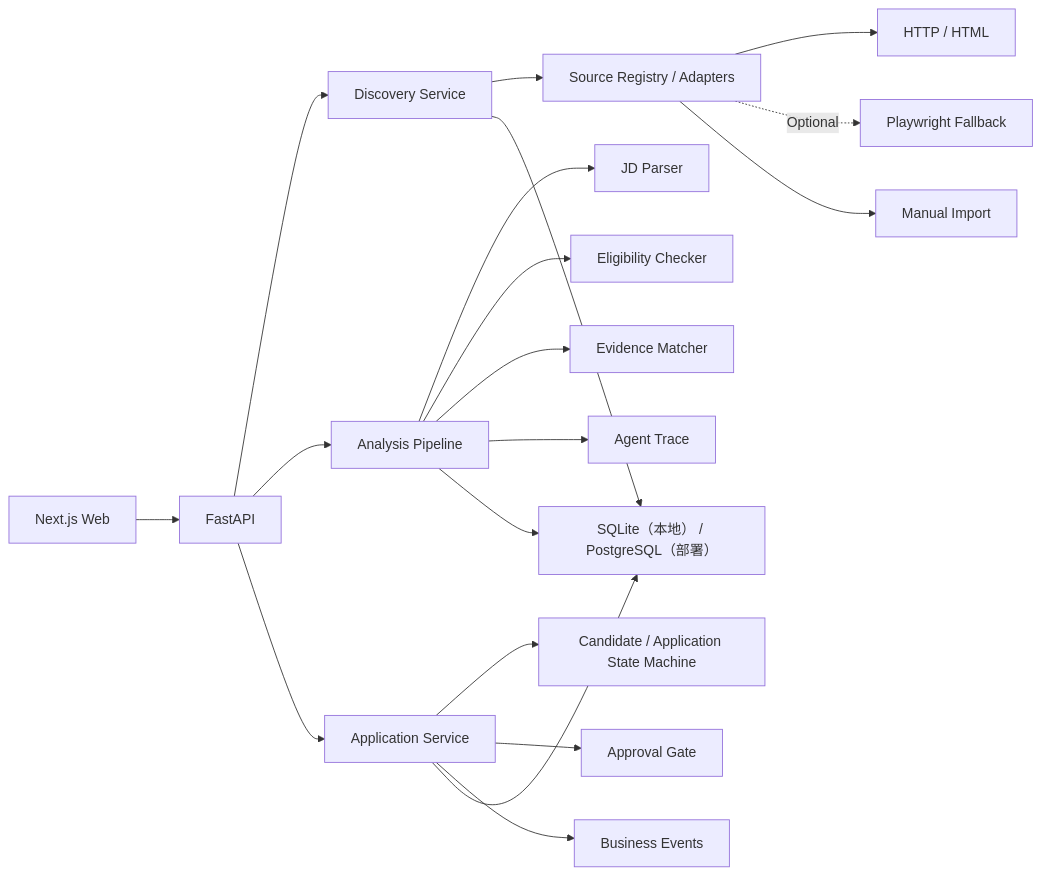
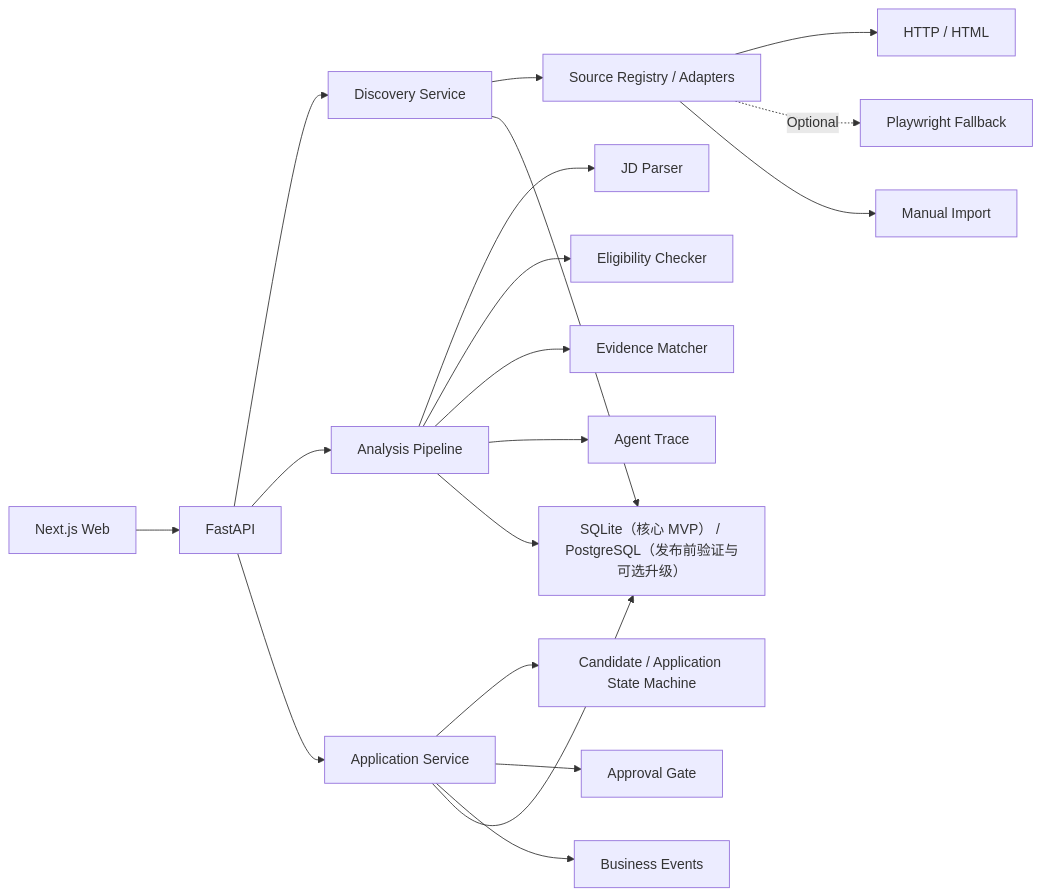
One commit to qingyingxy/jobflow-agent changed the diagram in README.md. Above: the diagram before and after it, drawn with Mermaid. The commit also changed other lines of this file and 10 other files, not shown here.

Commit message:
feat: import job postings and define JD schema

````diff
--- a/README.md
+++ b/README.md
@@ -475,25 +484,25 @@
 ```mermaid
 flowchart LR
     UI["Next.js Web"] --> API["FastAPI"]
     API --> DISCOVERY["Discovery Service"]
     API --> ANALYSIS["Analysis Pipeline"]
     API --> APPLICATION["Application Service"]
 
     DISCOVERY --> SOURCES["Source Registry / Adapters"]
     SOURCES --> HTTP["HTTP / HTML"]
     SOURCES -. Optional .-> BROWSER["Playwright Fallback"]
     SOURCES --> MANUAL["Manual Import"]
 
     ANALYSIS --> PARSER["JD Parser"]
     ANALYSIS --> ELIGIBILITY["Eligibility Checker"]
     ANALYSIS --> MATCHER["Evidence Matcher"]
 
     APPLICATION --> STATE["Candidate / Application State Machine"]
     APPLICATION --> APPROVAL["Approval Gate"]
     APPLICATION --> EVENTS["Business Events"]
     ANALYSIS --> TRACE["Agent Trace"]
 
-    DISCOVERY --> DB["SQLite（本地） / PostgreSQL（部署）"]
+    DISCOVERY --> DB["SQLite（核心 MVP） / PostgreSQL（发布前验证与可选升级）"]
     ANALYSIS --> DB
     APPLICATION --> DB
 ```
````
